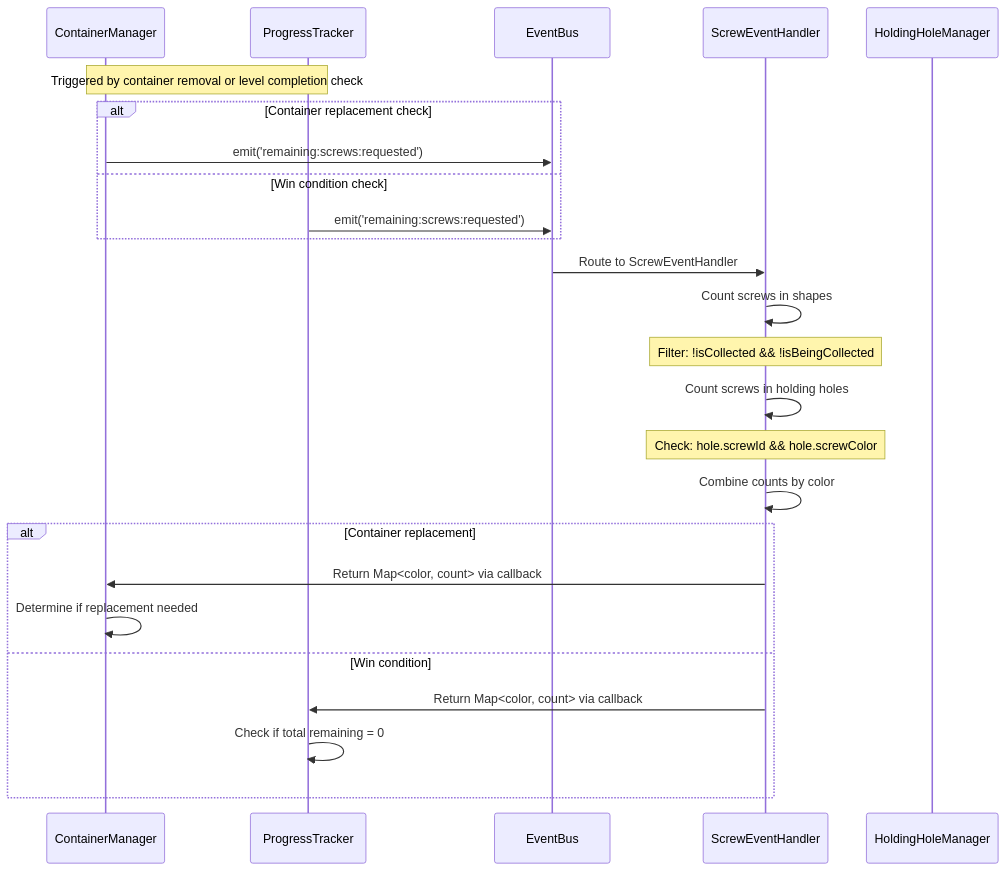
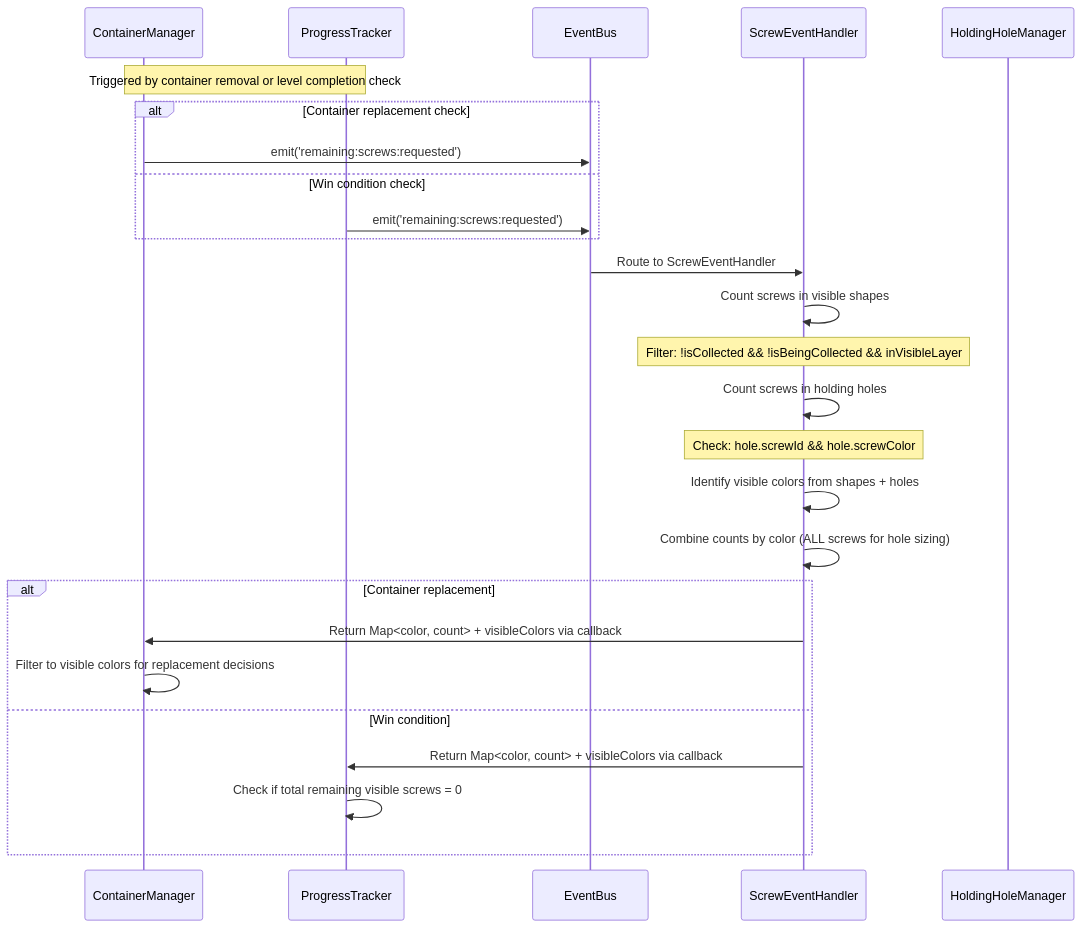
Before and after one commit to paulrobello/par-shape-2d: the fifth of 6 diagrams in docs/game_event_flows.md, drawn with Mermaid. The commit also changed other lines of this file and 1 other file, not shown here.

First line of the commit message:
docs: update architecture and event flow docs for visible-layer container logic

````diff
--- a/docs/game_event_flows.md
+++ b/docs/game_event_flows.md
@@ -328,34 +330,35 @@
 ```mermaid
 sequenceDiagram
     participant CM as ContainerManager
     participant PT as ProgressTracker  
     participant EB as EventBus
     participant SEH as ScrewEventHandler
     participant HHM as HoldingHoleManager
 
     Note over CM,PT: Triggered by container removal or level completion check
     
     alt Container replacement check
         CM->>EB: emit('remaining:screws:requested')
     else Win condition check
         PT->>EB: emit('remaining:screws:requested')
     end
     
     EB->>SEH: Route to ScrewEventHandler
     
-    SEH->>SEH: Count screws in shapes
-    Note over SEH: Filter: !isCollected && !isBeingCollected
+    SEH->>SEH: Count screws in visible shapes
+    Note over SEH: Filter: !isCollected && !isBeingCollected && inVisibleLayer
     
     SEH->>SEH: Count screws in holding holes
     Note over SEH: Check: hole.screwId && hole.screwColor
     
-    SEH->>SEH: Combine counts by color
+    SEH->>SEH: Identify visible colors from shapes + holes
+    SEH->>SEH: Combine counts by color (ALL screws for hole sizing)
     
     alt Container replacement
-        SEH->>CM: Return Map<color, count> via callback
-        CM->>CM: Determine if replacement needed
+        SEH->>CM: Return Map<color, count> + visibleColors via callback
+        CM->>CM: Filter to visible colors for replacement decisions
     else Win condition
-        SEH->>PT: Return Map<color, count> via callback
-        PT->>PT: Check if total remaining = 0
+        SEH->>PT: Return Map<color, count> + visibleColors via callback
+        PT->>PT: Check if total remaining visible screws = 0
     end
 ```
````
